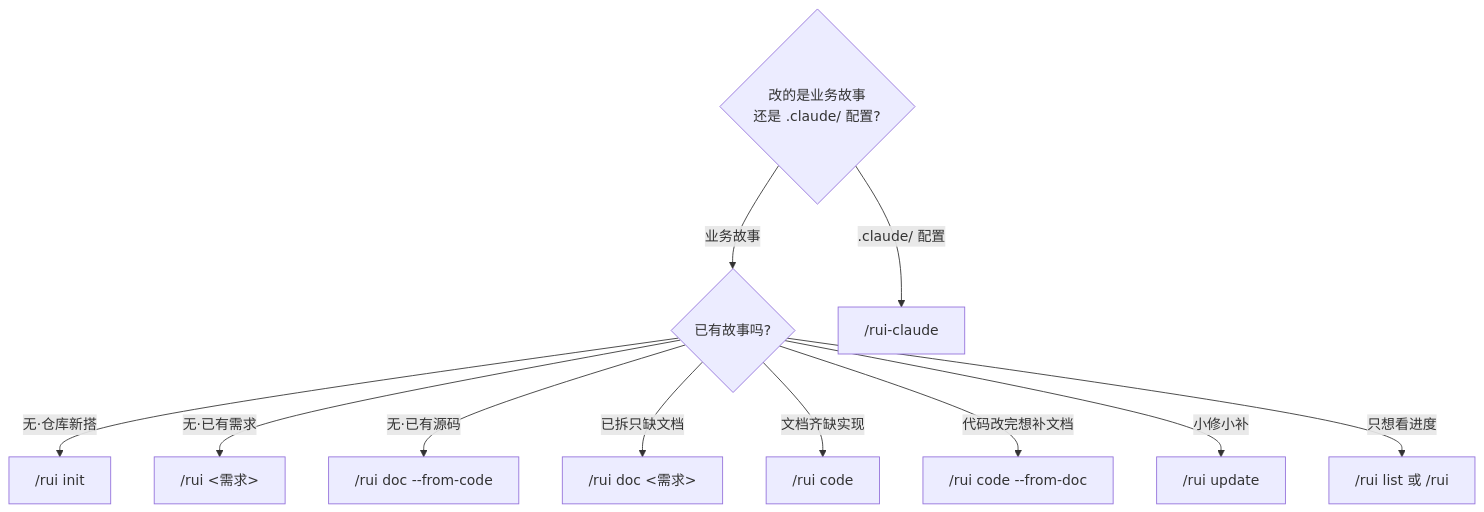
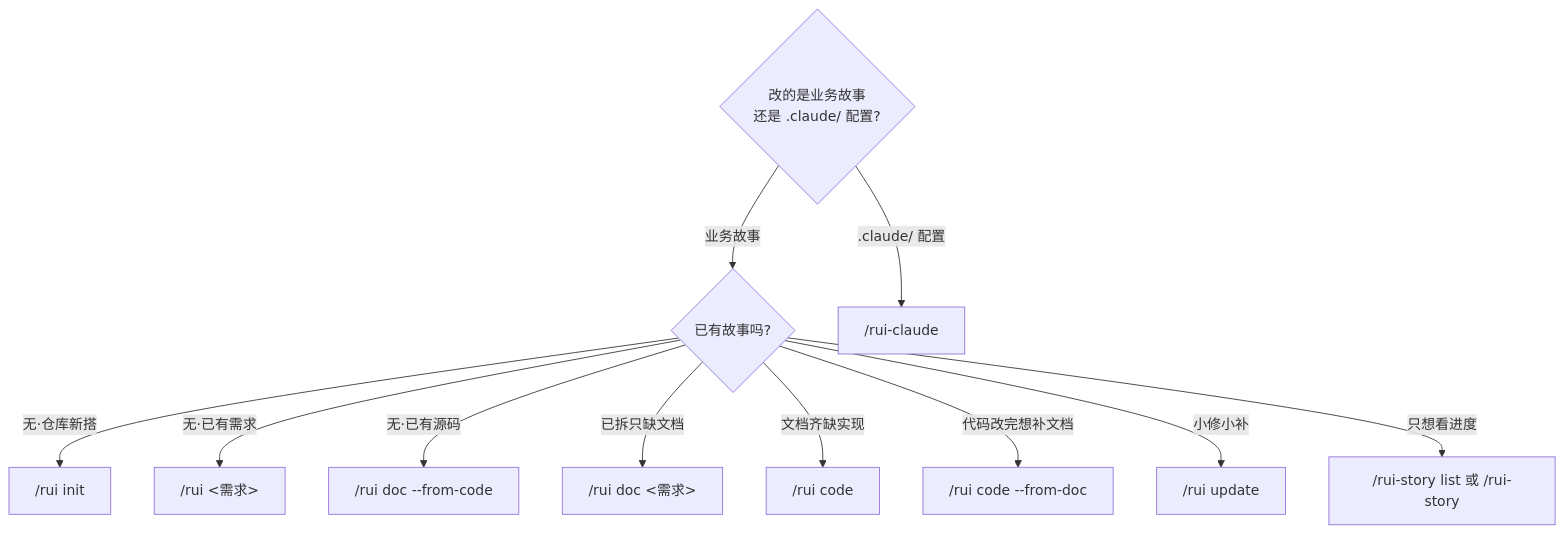
Before and after one commit to effiy/YrY: the third of 6 diagrams in README.md, drawn with Mermaid. The commit also changed other lines of this file and 7 other files, not shown here.

````diff
--- a/README.md
+++ b/README.md
@@ -59,14 +78,14 @@
 ```mermaid
 flowchart TD
     Q1{"改的是业务故事<br>还是 .claude/ 配置?"}
     Q1 -->|"业务故事"| Q2{"已有故事吗?"}
     Q1 -->|".claude/ 配置"| RC["/rui-claude"]
     Q2 -->|"无·仓库新搭"| INIT["/rui init"]
     Q2 -->|"无·已有需求"| E2E["/rui <需求>"]
     Q2 -->|"无·已有源码"| FC["/rui doc --from-code"]
     Q2 -->|"已拆只缺文档"| DOC["/rui doc <需求>"]
     Q2 -->|"文档齐缺实现"| CODE["/rui code <name>"]
     Q2 -->|"代码改完想补文档"| FD["/rui code --from-doc"]
     Q2 -->|"小修小补"| UPD["/rui update"]
-    Q2 -->|"只想看进度"| LIST["/rui list 或 /rui"]
+    Q2 -->|"只想看进度"| LIST["/rui-story list 或 /rui-story"]
 ```
````
